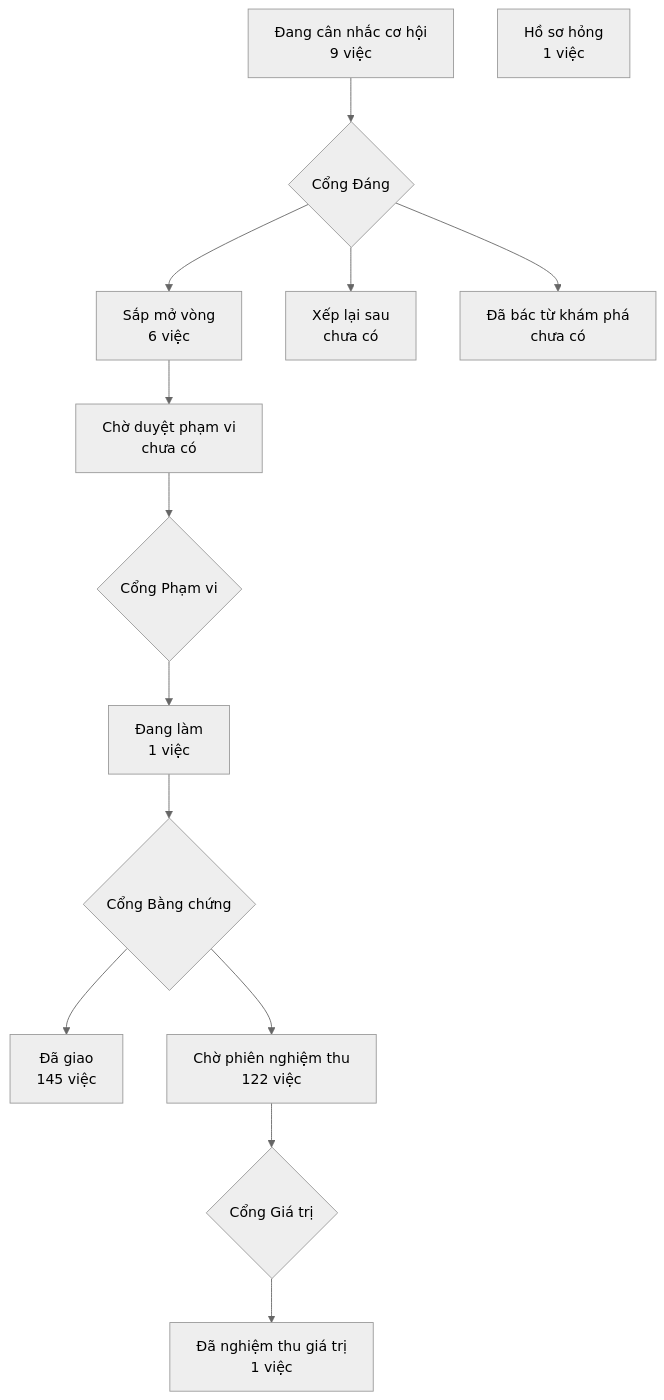
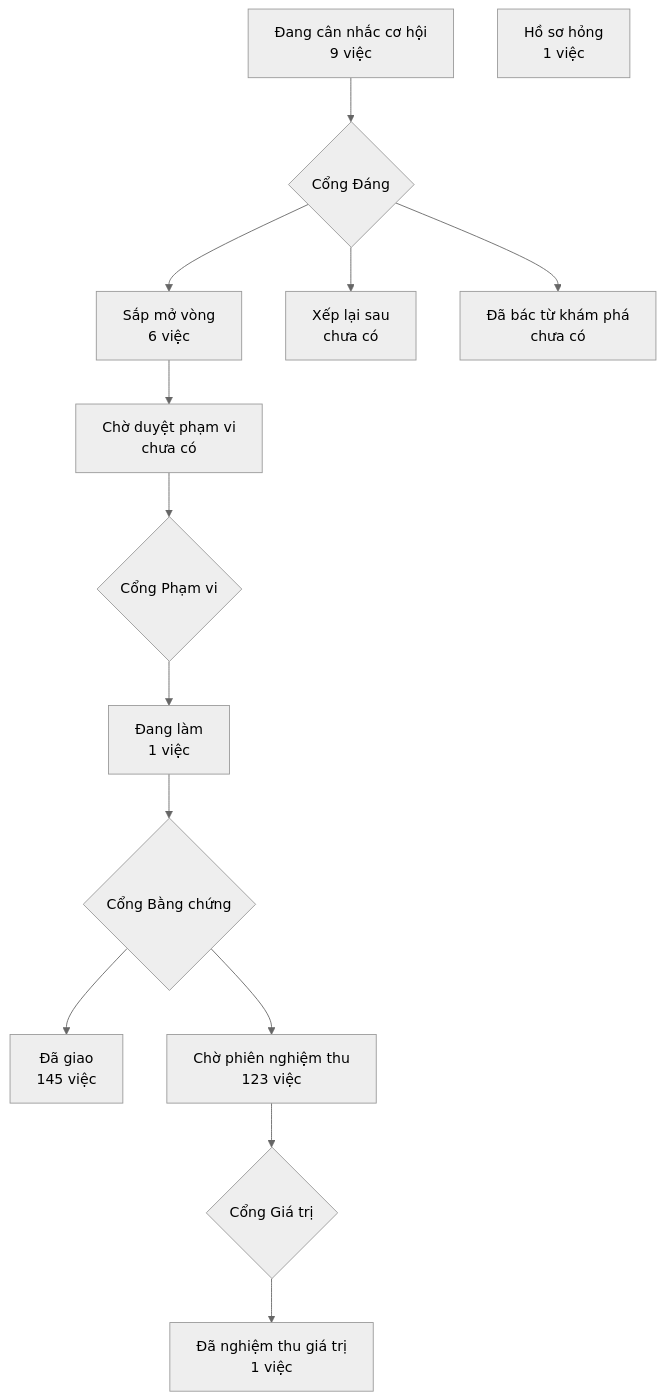
Before and after one commit to phanlemanh/crm-onehub: the diagram in PRODUCT-MAP.md, drawn with Mermaid (neutral theme). The commit also changed 1 other file, not shown here.

Commit message:
chore(khong-re-theo-ten-thanh-luat-kho): vẽ lại bản đồ sau gộp onehub

````diff
--- a/PRODUCT-MAP.md
+++ b/PRODUCT-MAP.md
@@ -7,13 +7,13 @@
 ```mermaid
 flowchart TD
   A["Đang cân nhắc cơ hội<br/>9 việc"] --> GD{"Cổng Đáng"}
   GD --> B["Sắp mở vòng<br/>6 việc"]
   GD --> XL["Xếp lại sau<br/>chưa có"]
   GD --> DB["Đã bác từ khám phá<br/>chưa có"]
   B --> CD["Chờ duyệt phạm vi<br/>chưa có"] --> GP{"Cổng Phạm vi"}
   GP --> DL["Đang làm<br/>1 việc"] --> GB{"Cổng Bằng chứng"}
   GB --> DG["Đã giao<br/>145 việc"]
-  GB --> CN["Chờ phiên nghiệm thu<br/>122 việc"] --> GG{"Cổng Giá trị"}
+  GB --> CN["Chờ phiên nghiệm thu<br/>123 việc"] --> GG{"Cổng Giá trị"}
   GG --> NT["Đã nghiệm thu giá trị<br/>1 việc"]
   HS["Hồ sơ hỏng<br/>1 việc"]
 ```
````
